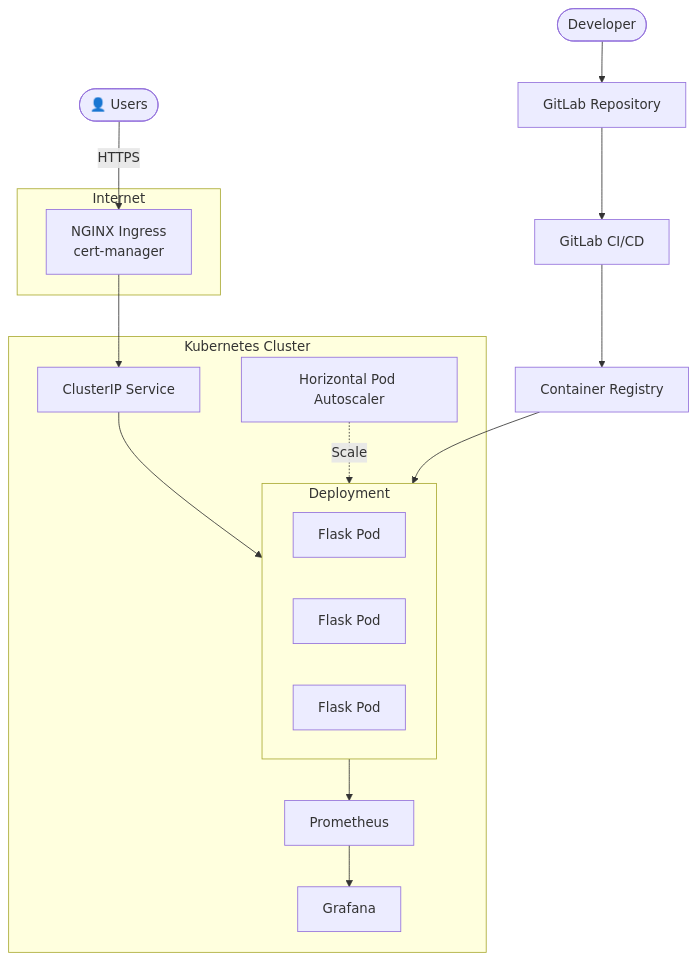
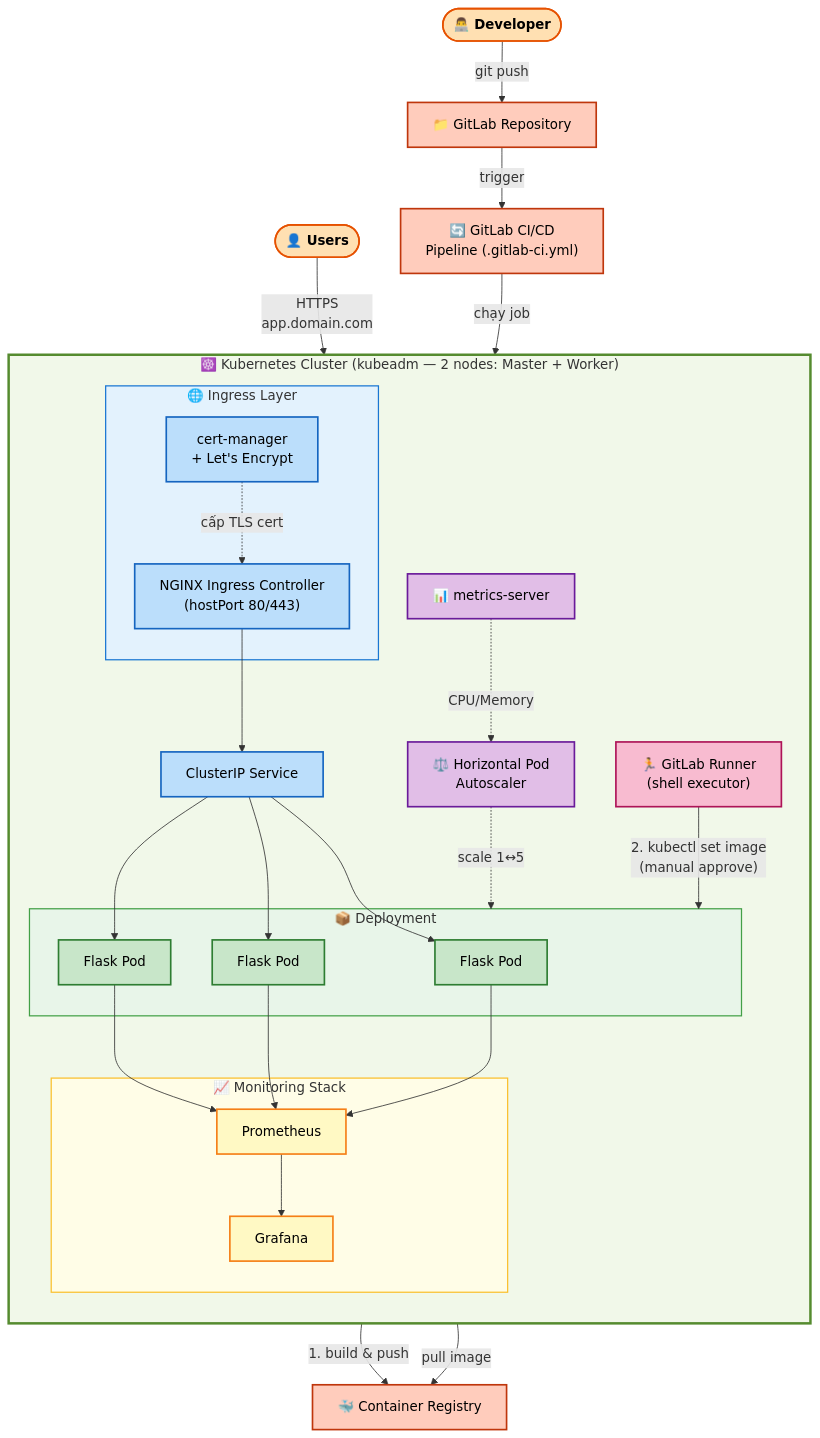
The diagram in README.md (minhhiep05/loadtest-api), drawn with Mermaid before and after one commit.

````diff
--- a/README.md
+++ b/README.md
@@ -28,62 +28,84 @@
 ```mermaid
 flowchart TB
+    User(["👤 Users"])
+    Developer(["👨‍💻 Developer"])
 
-    User([👤 Users])
+    subgraph K8s["☸️ Kubernetes Cluster (kubeadm — 2 nodes: Master + Worker)"]
+        direction TB
 
-    subgraph Internet
-
-        Ingress["NGINX Ingress
-        cert-manager"]
-
-    end
-
-    subgraph Kubernetes Cluster
+        subgraph IngressLayer["🌐 Ingress Layer"]
+            Ingress["NGINX Ingress Controller
+            (hostPort 80/443)"]
+            CertManager["cert-manager
+            + Let's Encrypt"]
+        end
 
         Service["ClusterIP Service"]
 
-        subgraph Deployment
-
+        subgraph Deployment["📦 Deployment"]
             Pod1["Flask Pod"]
-
             Pod2["Flask Pod"]
-
             Pod3["Flask Pod"]
-
         end
 
-        HPA["Horizontal Pod Autoscaler"]
+        HPA["⚖️ Horizontal Pod
+        Autoscaler"]
+        MetricsServer["📊 metrics-server"]
 
-        Prom["Prometheus"]
+        subgraph Monitoring["📈 Monitoring Stack"]
+            Prom["Prometheus"]
+            Grafana["Grafana"]
+        end
 
-        Grafana["Grafana"]
-
+        Runner["🏃 GitLab Runner
+        (shell executor)"]
     end
 
-    User -->|HTTPS| Ingress
+    GitLab["📁 GitLab Repository"]
+    Pipeline["🔄 GitLab CI/CD
+    Pipeline (.gitlab-ci.yml)"]
+    Registry["🐳 Container Registry"]
 
+    User -->|"HTTPS
+    app.domain.com"| Ingress
+    CertManager -.->|"cấp TLS cert"| Ingress
     Ingress --> Service
+    Service --> Pod1
+    Service --> Pod2
+    Service --> Pod3
 
-    Service --> Deployment
+    MetricsServer -.->|"CPU/Memory"| HPA
+    HPA -.->|"scale 1↔5"| Deployment
 
-    HPA -. Scale .-> Deployment
-
-    Deployment --> Prom
-
+    Pod1 & Pod2 & Pod3 --> Prom
     Prom --> Grafana
 
-    Developer([Developer])
+    Developer -->|"git push"| GitLab
+    GitLab -->|"trigger"| Pipeline
+    Pipeline -->|"chạy job"| Runner
+    Runner -->|"1. build & push"| Registry
+    Runner -->|"2. kubectl set image
+    (manual approve)"| Deployment
+    Deployment -->|"pull image"| Registry
 
-    GitLab["GitLab Repository"]
+    classDef userStyle fill:#FFE0B2,stroke:#E65100,stroke-width:2px,color:#000,font-weight:bold
+    classDef trafficStyle fill:#BBDEFB,stroke:#1565C0,stroke-width:2px,color:#000
+    classDef podStyle fill:#C8E6C9,stroke:#2E7D32,stroke-width:2px,color:#000
+    classDef controlStyle fill:#E1BEE7,stroke:#6A1B9A,stroke-width:2px,color:#000
+    classDef monitorStyle fill:#FFF9C4,stroke:#F57F17,stroke-width:2px,color:#000
+    classDef cicdStyle fill:#FFCCBC,stroke:#BF360C,stroke-width:2px,color:#000
+    classDef runnerStyle fill:#F8BBD0,stroke:#AD1457,stroke-width:2px,color:#000
 
-    Pipeline["GitLab CI/CD"]
+    class User,Developer userStyle
+    class Ingress,CertManager,Service trafficStyle
+    class Pod1,Pod2,Pod3 podStyle
+    class HPA,MetricsServer controlStyle
+    class Prom,Grafana monitorStyle
+    class GitLab,Pipeline,Registry cicdStyle
+    class Runner runnerStyle
 
-    Registry["Container Registry"]
-
-    Developer --> GitLab
-
-    GitLab --> Pipeline
-
-    Pipeline --> Registry
-
-    Registry --> Deployment
+    style K8s fill:#F1F8E9,stroke:#558B2F,stroke-width:3px
+    style IngressLayer fill:#E3F2FD,stroke:#1976D2,stroke-width:1.5px
+    style Deployment fill:#E8F5E9,stroke:#43A047,stroke-width:1.5px
+    style Monitoring fill:#FFFDE7,stroke:#FBC02D,stroke-width:1.5px
 ```
````
